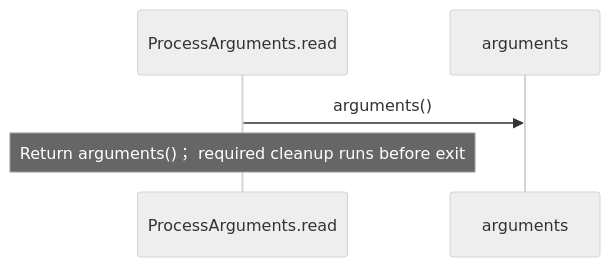
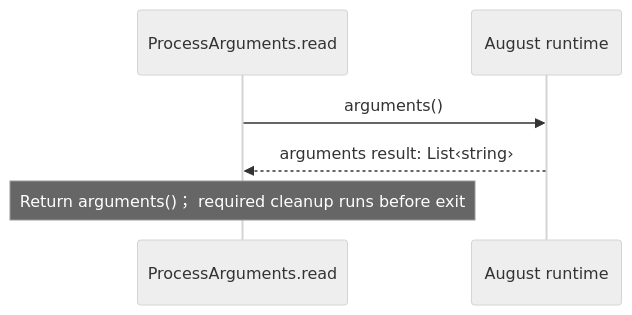
One commit to GreenPandaStudios/augscript changed the seventh of 7 diagrams in docs/examples/approved-design/dependencies/august/0.23.0/io/contracts-diagrams.md. Above: the diagram before and after it, drawn with Mermaid (neutral theme). The commit also changed other lines of this file and 304 other files, not shown here.

Commit message:
Make generated data-flow sequences concise and review every diagram

````diff
--- a/docs/examples/approved-design/dependencies/august/0.23.0/io/contracts-diagrams.md
+++ b/docs/examples/approved-design/dependencies/august/0.23.0/io/contracts-diagrams.md
@@ -142,7 +158,8 @@
 ```mermaid
 sequenceDiagram
     participant p0 as ProcessArguments.read
-    participant p1 as arguments
+    participant p1 as August runtime
     p0->>p1: arguments()
+    p1-->>p0: arguments result: List‹string›
     Note over p0: Return arguments()； required cleanup runs before exit
 ```
````
